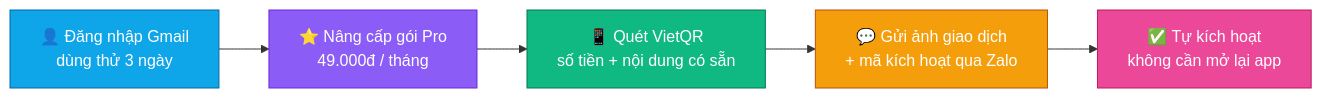
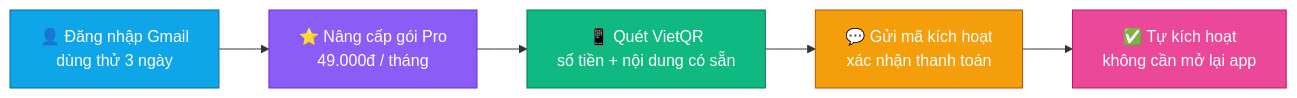
Before and after one commit to mikeTran99/Auto-Link: the fourth of 4 diagrams in README.md, drawn with Mermaid. The commit also changed other lines of this file and 48 other files, not shown here.

````diff
--- a/README.md
+++ b/README.md
@@ -370,12 +394,12 @@
 ```mermaid
 flowchart LR
     A["👤 Đăng nhập Gmail<br/>dùng thử 3 ngày"]:::blue --> B["⭐ Nâng cấp gói Pro<br/>49.000đ / tháng"]:::violet
     B --> C["📱 Quét VietQR<br/>số tiền + nội dung có sẵn"]:::green
-    C --> D["💬 Gửi ảnh giao dịch<br/>+ mã kích hoạt qua Zalo"]:::amber
+    C --> D["💬 Gửi mã kích hoạt<br/>xác nhận thanh toán"]:::amber
     D --> E["✅ Tự kích hoạt<br/>không cần mở lại app"]:::pink
     classDef blue fill:#0EA5E9,stroke:#0369A1,color:#fff
     classDef violet fill:#8B5CF6,stroke:#6D28D9,color:#fff
     classDef green fill:#10B981,stroke:#047857,color:#fff
     classDef amber fill:#F59E0B,stroke:#B45309,color:#fff
     classDef pink fill:#EC4899,stroke:#BE185D,color:#fff
 ```
````
